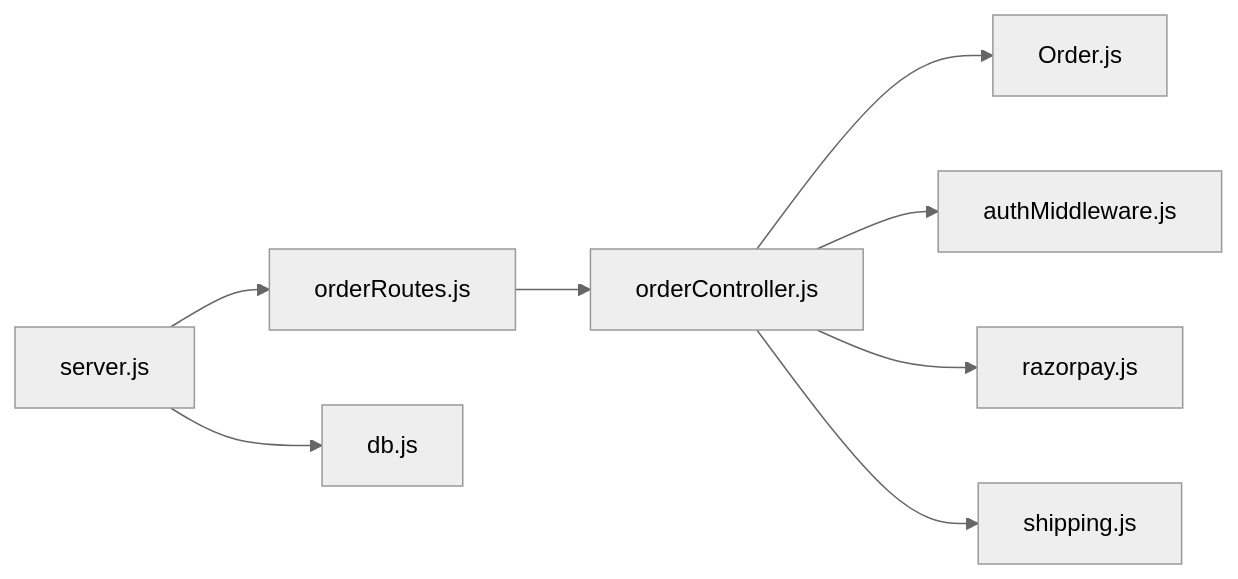
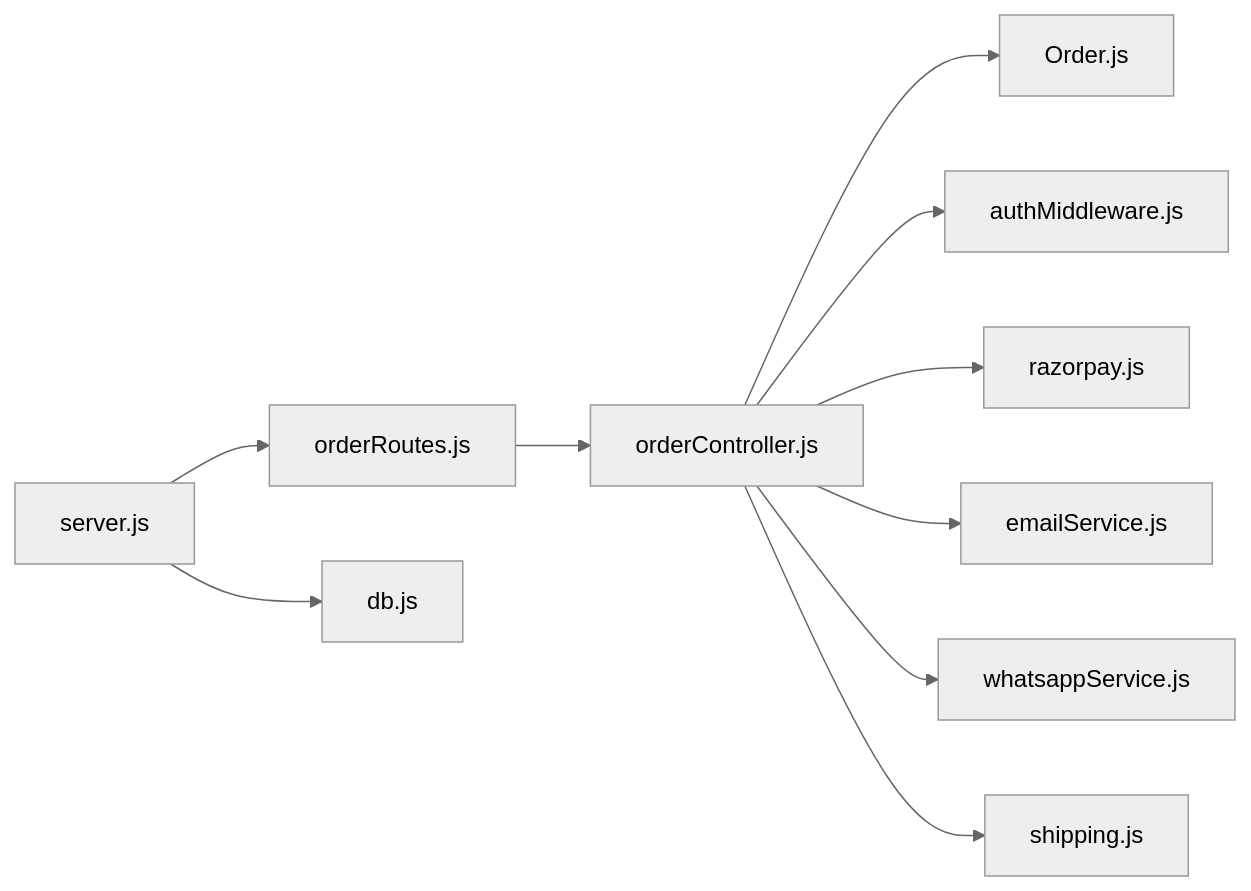
Before and after one commit to Pavan-PSPK9032/TrendsandToss: the fifth of 5 diagrams in .qoder/repowiki/en/content/Backend API Documentation/Order Processing API.md, drawn with Mermaid (neutral theme). The commit also changed other lines of this file and 16 other files, not shown here.

````diff
--- a/.qoder/repowiki/en/content/Backend API Documentation/Order Processing API.md
+++ b/.qoder/repowiki/en/content/Backend API Documentation/Order Processing API.md
@@ -359,10 +432,12 @@
 ```mermaid
 graph LR
 Routes["orderRoutes.js"] --> Controller["orderController.js"]
 Controller --> Model["Order.js"]
 Controller --> Middleware["authMiddleware.js"]
 Controller --> Razorpay["razorpay.js"]
+Controller --> Email["emailService.js"]
+Controller --> WA["whatsappService.js"]
 Controller --> Shipping["shipping.js"]
 Server["server.js"] --> Routes
 Server --> DB["db.js"]
 ```
````
